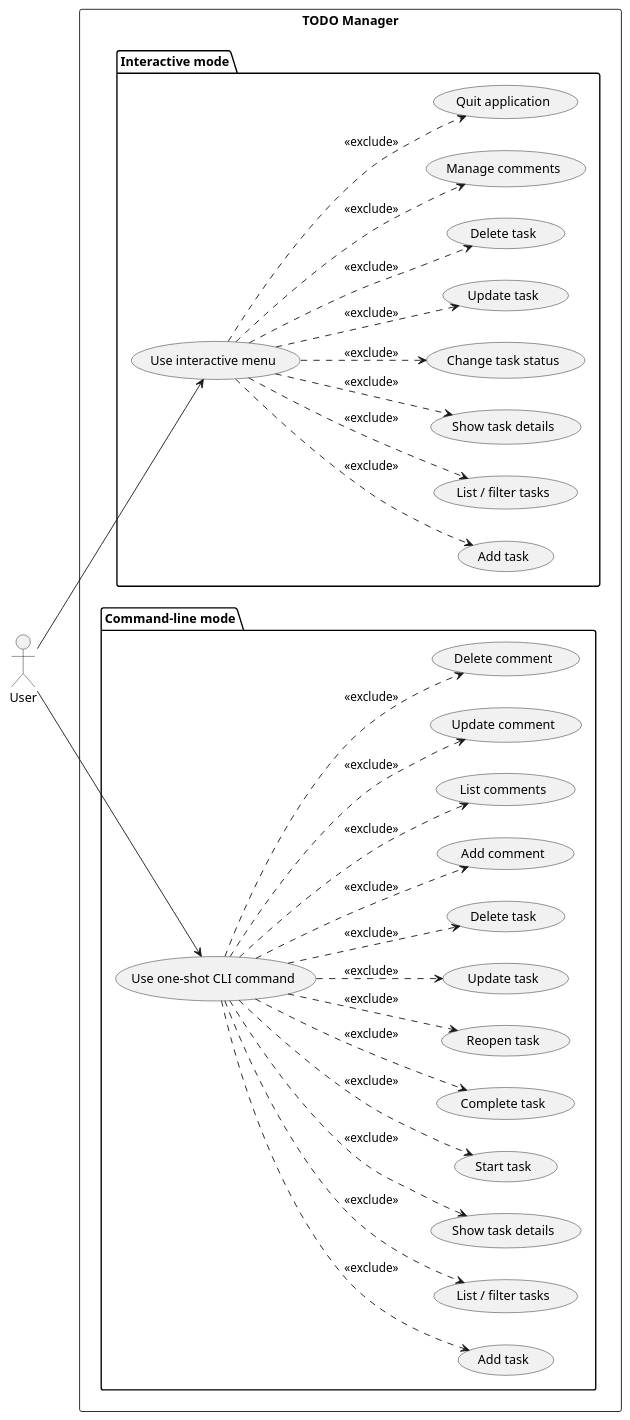
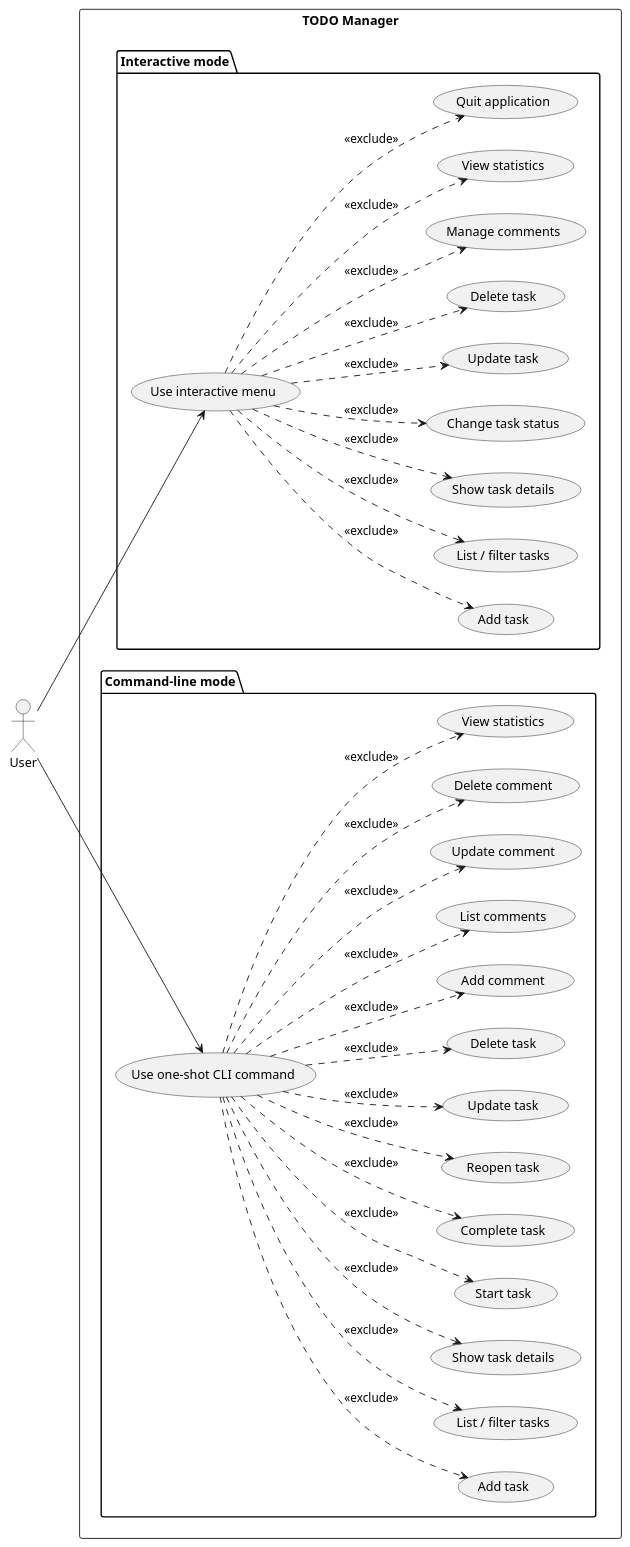
The diagram in experiments/broadcast/structured_text/TODO/artifacts/use_case_diagram.puml (DanielRiha8906/Software_autoevolution_using_agents), drawn with PlantUML before and after one commit. The commit also changed 7 other files, not shown here.

```diff
--- a/experiments/broadcast/structured_text/TODO/artifacts/use_case_diagram.puml
+++ b/experiments/broadcast/structured_text/TODO/artifacts/use_case_diagram.puml
@@ -1,63 +1,67 @@
 @startuml use_case_diagram
 
 left to right direction
 
 actor User
 
 rectangle "TODO Manager" {
 
   package "Interactive mode" {
     usecase "Use interactive menu" as UI
     usecase "Add task" as I_ADD
     usecase "List / filter tasks" as I_LIST
     usecase "Show task details" as I_SHOW
     usecase "Change task status" as I_STATUS
     usecase "Update task" as I_UPDATE
     usecase "Delete task" as I_DELETE
     usecase "Manage comments" as I_COMMENTS
+    usecase "View statistics" as I_STATS
     usecase "Quit application" as I_QUIT
   }
 
   package "Command-line mode" {
     usecase "Use one-shot CLI command" as CLI
     usecase "Add task" as C_ADD
     usecase "List / filter tasks" as C_LIST
     usecase "Show task details" as C_SHOW
     usecase "Start task" as C_START
     usecase "Complete task" as C_DONE
     usecase "Reopen task" as C_REOPEN
     usecase "Update task" as C_UPDATE
     usecase "Delete task" as C_DELETE
     usecase "Add comment" as C_ADD_COMMENT
     usecase "List comments" as C_LIST_COMMENTS
     usecase "Update comment" as C_UPDATE_COMMENT
     usecase "Delete comment" as C_DELETE_COMMENT
+    usecase "View statistics" as C_STATS
   }
 }
 
 User --> UI
 User --> CLI
 
 UI ..> I_ADD    : <<exclude>>
 UI ..> I_LIST   : <<exclude>>
 UI ..> I_SHOW   : <<exclude>>
 UI ..> I_STATUS : <<exclude>>
 UI ..> I_UPDATE : <<exclude>>
 UI ..> I_DELETE : <<exclude>>
 UI ..> I_COMMENTS : <<exclude>>
+UI ..> I_STATS  : <<exclude>>
 UI ..> I_QUIT   : <<exclude>>
 
 CLI ..> C_ADD    : <<exclude>>
 CLI ..> C_LIST   : <<exclude>>
 CLI ..> C_SHOW   : <<exclude>>
 CLI ..> C_START  : <<exclude>>
 CLI ..> C_DONE   : <<exclude>>
 CLI ..> C_REOPEN : <<exclude>>
 CLI ..> C_UPDATE : <<exclude>>
 CLI ..> C_DELETE : <<exclude>>
 CLI ..> C_ADD_COMMENT : <<exclude>>
 CLI ..> C_LIST_COMMENTS : <<exclude>>
 CLI ..> C_UPDATE_COMMENT : <<exclude>>
 CLI ..> C_DELETE_COMMENT : <<exclude>>
+CLI ..> C_STATS : <<exclude>>
 
 @enduml
```
